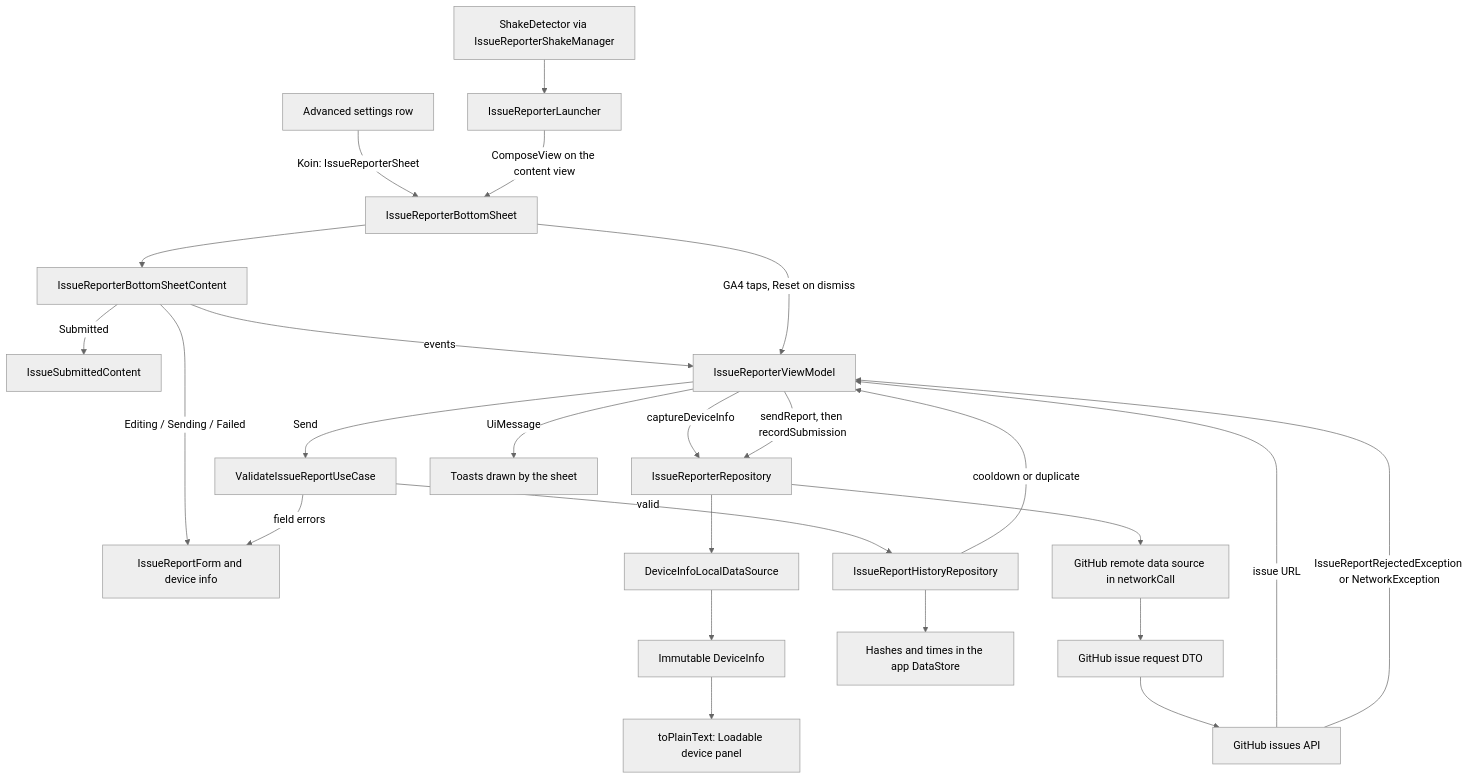
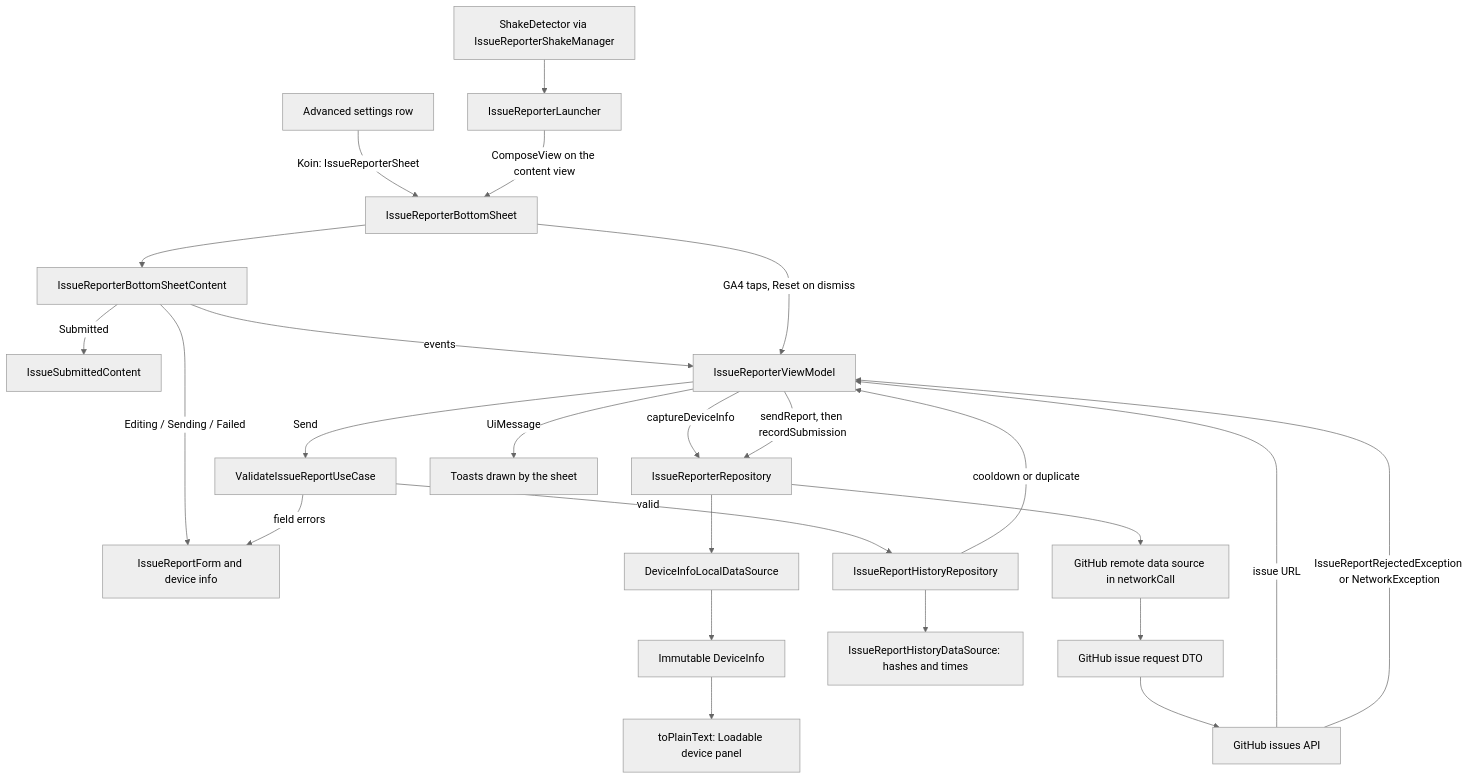
The diagram in library/feature/issuereporter/README.md (MihaiCristianCondrea/App-Toolkit-for-Android), drawn with Mermaid (neutral theme) before and after one commit. The commit also changed other lines of this file and 83 other files, not shown here.

````diff
--- a/library/feature/issuereporter/README.md
+++ b/library/feature/issuereporter/README.md
@@ -52,27 +54,27 @@
 ```mermaid
 flowchart TD
     Settings[Advanced settings row] -->|Koin: IssueReporterSheet| Sheet[IssueReporterBottomSheet]
     Shake[ShakeDetector via IssueReporterShakeManager] --> Launcher[IssueReporterLauncher]
     Launcher -->|ComposeView on the content view| Sheet
     Sheet --> Content[IssueReporterBottomSheetContent]
     Content -->|Editing / Sending / Failed| Form[IssueReportForm and device info]
     Content -->|Submitted| Done[IssueSubmittedContent]
     Content -->|events| VM[IssueReporterViewModel]
     Sheet -->|GA4 taps, Reset on dismiss| VM
     VM -->|captureDeviceInfo| Repo[IssueReporterRepository]
     Repo --> Device[DeviceInfoLocalDataSource]
     Device --> Model[Immutable DeviceInfo]
     Model --> Plain[toPlainText: Loadable device panel]
     VM -->|Send| Validate[ValidateIssueReportUseCase]
     Validate -->|field errors| Form
     Validate -->|valid| History[IssueReportHistoryRepository]
     History -->|cooldown or duplicate| VM
-    History --> Store[Hashes and times in the app DataStore]
+    History --> Store[IssueReportHistoryDataSource: hashes and times]
     VM -->|sendReport, then recordSubmission| Repo
     Repo --> Remote[GitHub remote data source in networkCall]
     Remote --> DTO[GitHub issue request DTO]
     DTO --> Api[GitHub issues API]
     Api -->|issue URL| VM
     Api -->|IssueReportRejectedException or NetworkException| VM
     VM -->|UiMessage| Toasts[Toasts drawn by the sheet]
 ```
````
